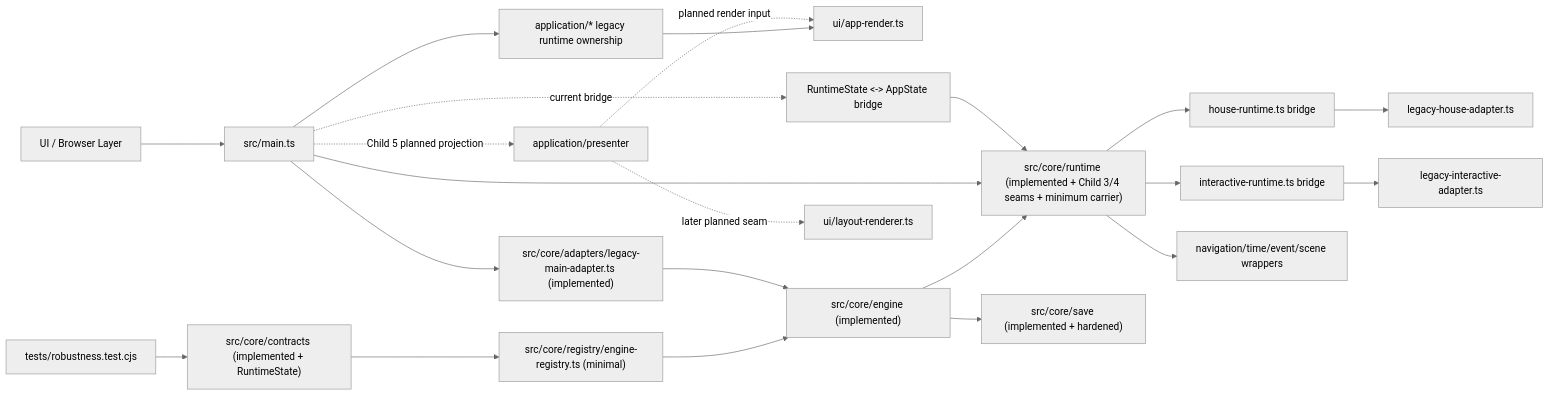
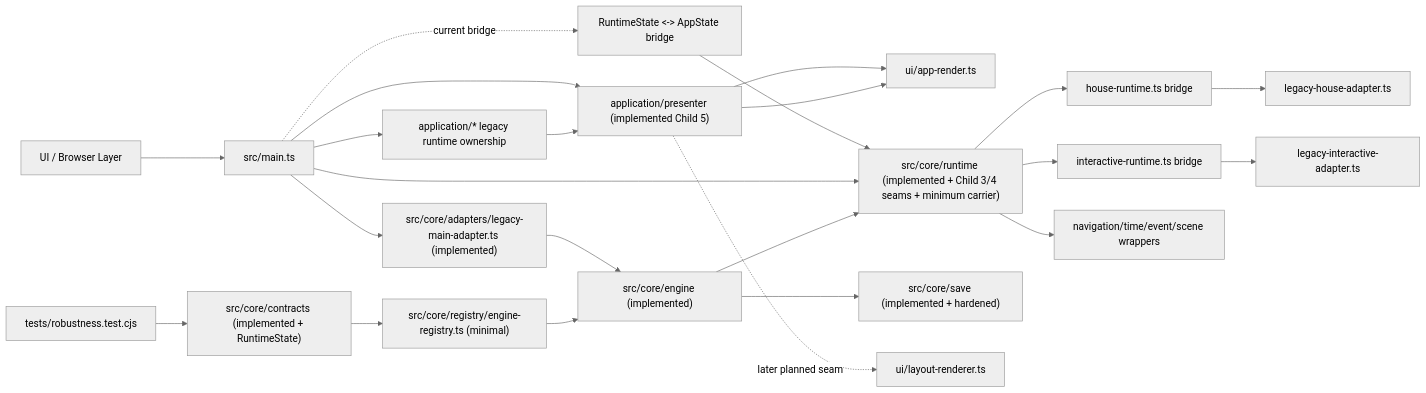
Before and after one commit to MA141277/RPG_TG: the first of 6 diagrams in docs/superpowers/weekly/2026-06-29-weekly-architecture-report.md, drawn with Mermaid (neutral theme). The commit also changed other lines of this file and 16 other files, not shown here.

Commit message:
refactor: move render selection into application presenters

````diff
--- a/docs/superpowers/weekly/2026-06-29-weekly-architecture-report.md
+++ b/docs/superpowers/weekly/2026-06-29-weekly-architecture-report.md
@@ -24,24 +24,25 @@
 ```mermaid
 flowchart LR
     UI["UI / Browser Layer"] --> MAIN["src/main.ts"]
     MAIN --> APP["application/* legacy runtime ownership"]
-    APP --> UIR["ui/app-render.ts"]
+    APP --> PRESENTER["application/presenter (implemented Child 5)"]
+    PRESENTER --> UIR["ui/app-render.ts"]
     MAIN -. current bridge .-> RSBRIDGE["RuntimeState <-> AppState bridge"]
     COREC["src/core/contracts (implemented + RuntimeState)"] --> CORER["src/core/registry/engine-registry.ts (minimal)"]
     CORER --> COREE["src/core/engine (implemented)"]
     COREE --> CORERT["src/core/runtime (implemented + Child 3/4 seams + minimum carrier)"]
     COREE --> CORES["src/core/save (implemented + hardened)"]
     MAIN --> ADAPTER["src/core/adapters/legacy-main-adapter.ts (implemented)"]
     ADAPTER --> COREE
     MAIN --> CORERT
     RSBRIDGE --> CORERT
     CORERT --> HOUCERT["house-runtime.ts bridge"]
     CORERT --> INTRT["interactive-runtime.ts bridge"]
     HOUCERT --> HOUSEAD["legacy-house-adapter.ts"]
     INTRT --> INTAD["legacy-interactive-adapter.ts"]
     CORERT --> NAVRT["navigation/time/event/scene wrappers"]
-    MAIN -. Child 5 planned projection .-> PRESENTER["application/presenter"]
-    PRESENTER -. planned render input .-> UIR
+    MAIN --> PRESENTER
+    PRESENTER --> UIR
     PRESENTER -. later planned seam .-> UIL["ui/layout-renderer.ts"]
     TESTS["tests/robustness.test.cjs"] --> COREC
 ```
````
